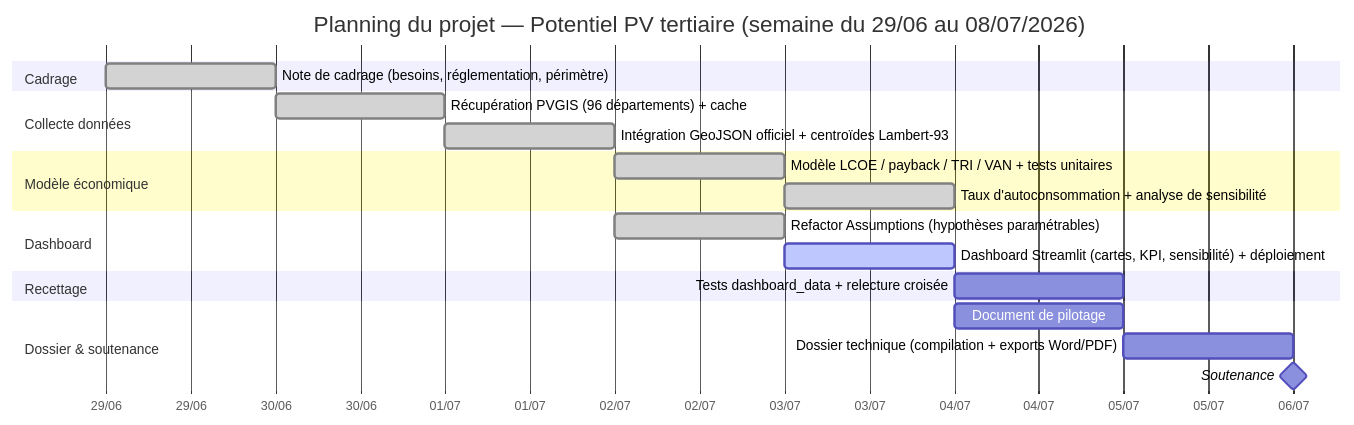
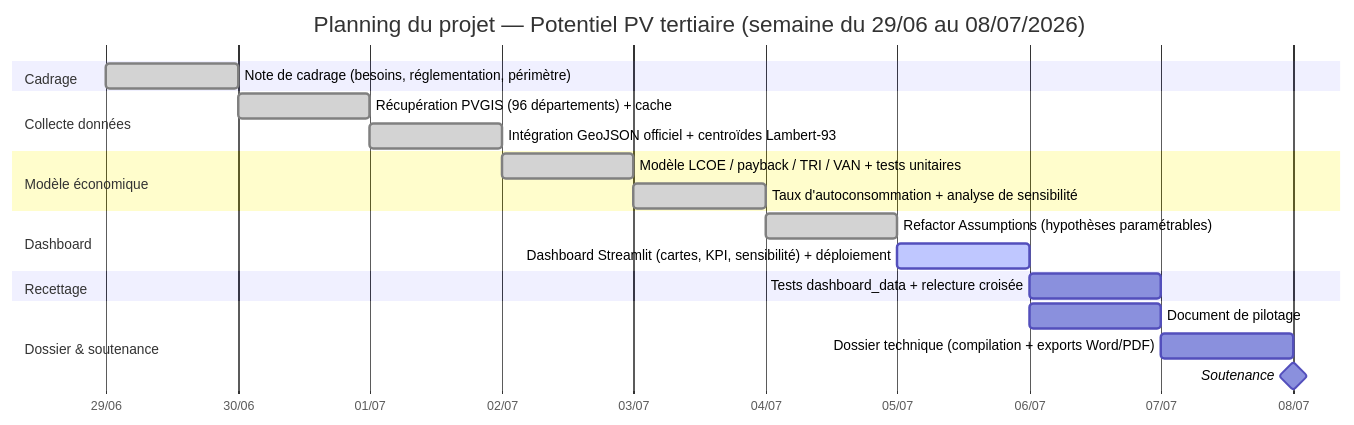
One commit to imeneee01/workshop-client-3 changed the diagram in docs/pilotage-projet.md. Above: the diagram before and after it, drawn with Mermaid. The commit also changed other lines of this file, not shown here.

````diff
--- a/docs/pilotage-projet.md
+++ b/docs/pilotage-projet.md
@@ -72,29 +72,29 @@
 ```mermaid
 gantt
     title Planning du projet — Potentiel PV tertiaire (semaine du 29/06 au 08/07/2026)
     dateFormat  YYYY-MM-DD
     axisFormat  %d/%m
 
     section Cadrage
     Note de cadrage (besoins, réglementation, périmètre) :done, cadrage, 2026-06-29, 1d
 
     section Collecte données
     Récupération PVGIS (96 départements) + cache :done, data1, after cadrage, 1d
     Intégration GeoJSON officiel + centroïdes Lambert-93 :done, data2, after data1, 1d
 
     section Modèle économique
     Modèle LCOE / payback / TRI / VAN + tests unitaires :done, model, after data2, 1d
     Taux d'autoconsommation + analyse de sensibilité :done, model2, after model, 1d
 
     section Dashboard
-    Refactor Assumptions (hypothèses paramétrables) :done, dash1, 2026-07-02, 1d
+    Refactor Assumptions (hypothèses paramétrables) :done, dash1, after model2, 1d
     Dashboard Streamlit (cartes, KPI, sensibilité) + déploiement :active, dash2, after dash1, 1d
 
     section Recettage
     Tests dashboard_data + relecture croisée :recette, after dash2, 1d
 
     section Dossier & soutenance
     Document de pilotage :pilotage, after dash2, 1d
     Dossier technique (compilation + exports Word/PDF) :dossier, after pilotage, 1d
     Soutenance :milestone, soutenance, after dossier, 0d
 ```
````
